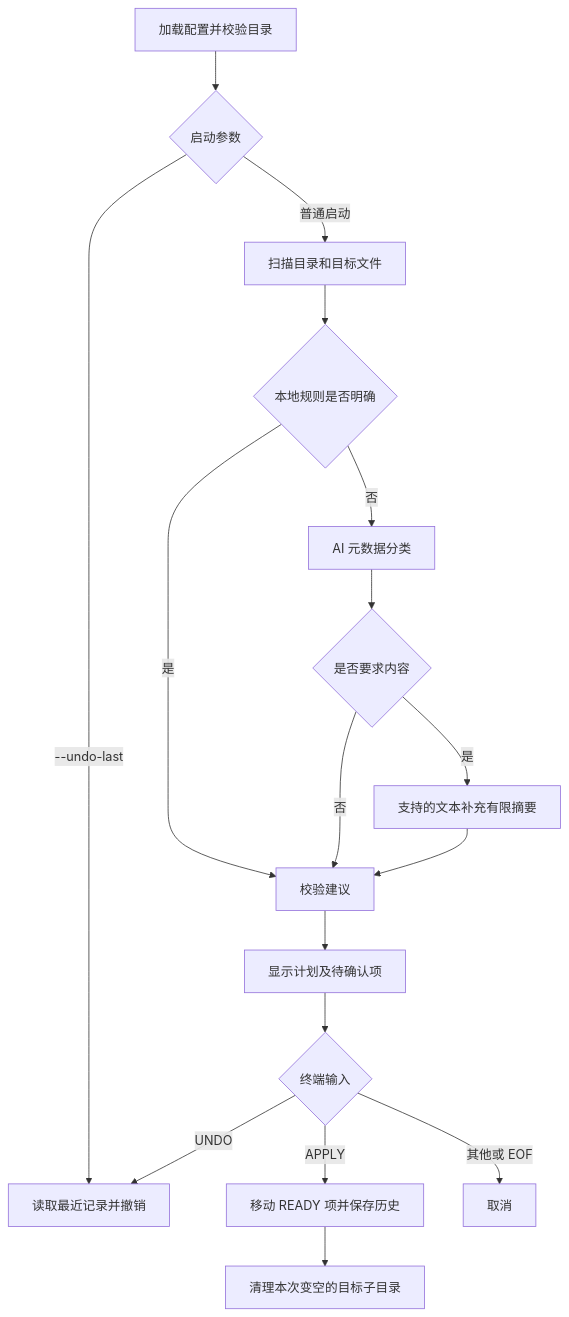
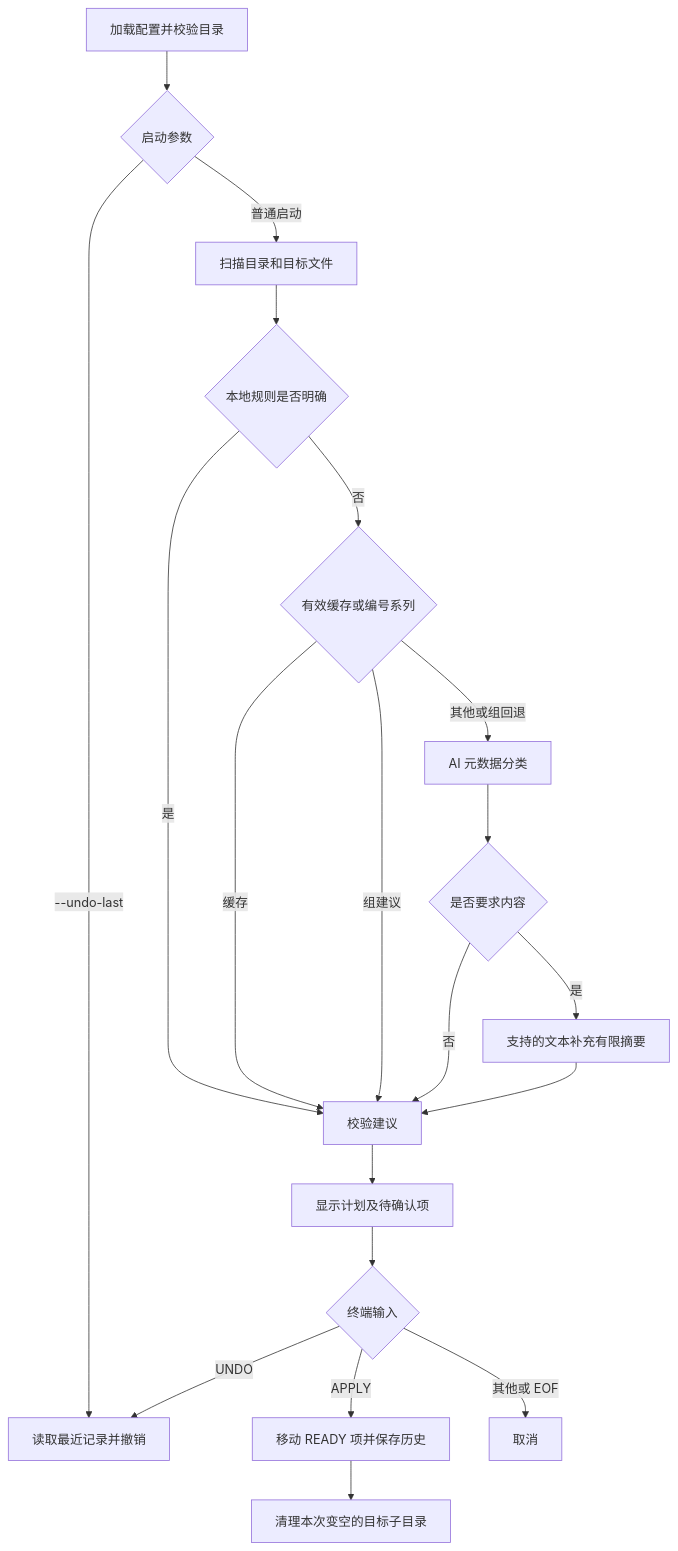
The diagram in docs/architecture.md (bacon-wang/Bei-File-Tidying), drawn with Mermaid before and after one commit. The commit also changed other lines of this file and 9 other files, not shown here.

````diff
--- a/docs/architecture.md
+++ b/docs/architecture.md
@@ -21,19 +22,22 @@
 ```mermaid
 flowchart TD
     A[加载配置并校验目录] --> B{启动参数}
     B -->|--undo-last| U[读取最近记录并撤销]
     B -->|普通启动| C[扫描目录和目标文件]
     C --> L{本地规则是否明确}
     L -->|是| D[校验建议]
-    L -->|否| M[AI 元数据分类]
+    L -->|否| K{有效缓存或编号系列}
+    K -->|缓存| D
+    K -->|组建议| D
+    K -->|其他或组回退| M[AI 元数据分类]
     M --> N{是否要求内容}
     N -->|否| D
     N -->|是| T[支持的文本补充有限摘要]
     T --> D
     D --> E[显示计划及待确认项]
     E --> F{终端输入}
     F -->|APPLY| G[移动 READY 项并保存历史]
     G --> H[清理本次变空的目标子目录]
     F -->|UNDO| U
     F -->|其他或 EOF| I[取消]
 ```
````
